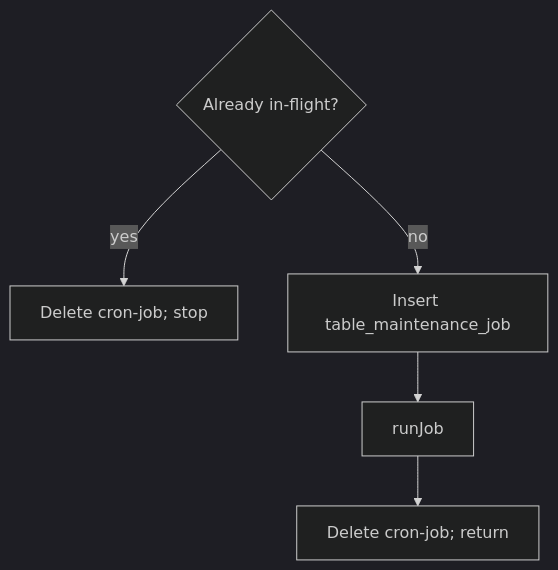
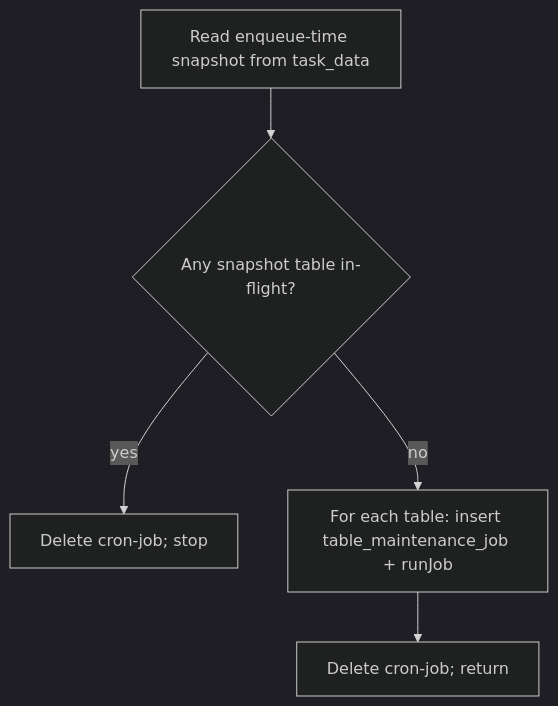
The second of 6 diagrams in design-docs/table-maintenance-service-design.md (apache/gravitino), drawn with Mermaid (dark theme) before and after one commit. The commit also changed other lines of this file and 2 other files, not shown here.

First line of the commit message:
[#14220] docs(tms): Document enqueue-time commit-job specs

````diff
--- a/design-docs/table-maintenance-service-design.md
+++ b/design-docs/table-maintenance-service-design.md
@@ -370,7 +377,7 @@
 ```mermaid
 flowchart TD
-  A{Already in-flight?} -->|yes| Z[Delete cron-job; stop]
-  A -->|no| B[Insert table_maintenance_job]
-  B --> C[runJob]
+  A[Read enqueue-time snapshot from task_data] --> B{Any snapshot table in-flight?}
+  B -->|yes| Z[Delete cron-job; stop]
+  B -->|no| C[For each table: insert table_maintenance_job + runJob]
   C --> D[Delete cron-job; return]
 ```
````
